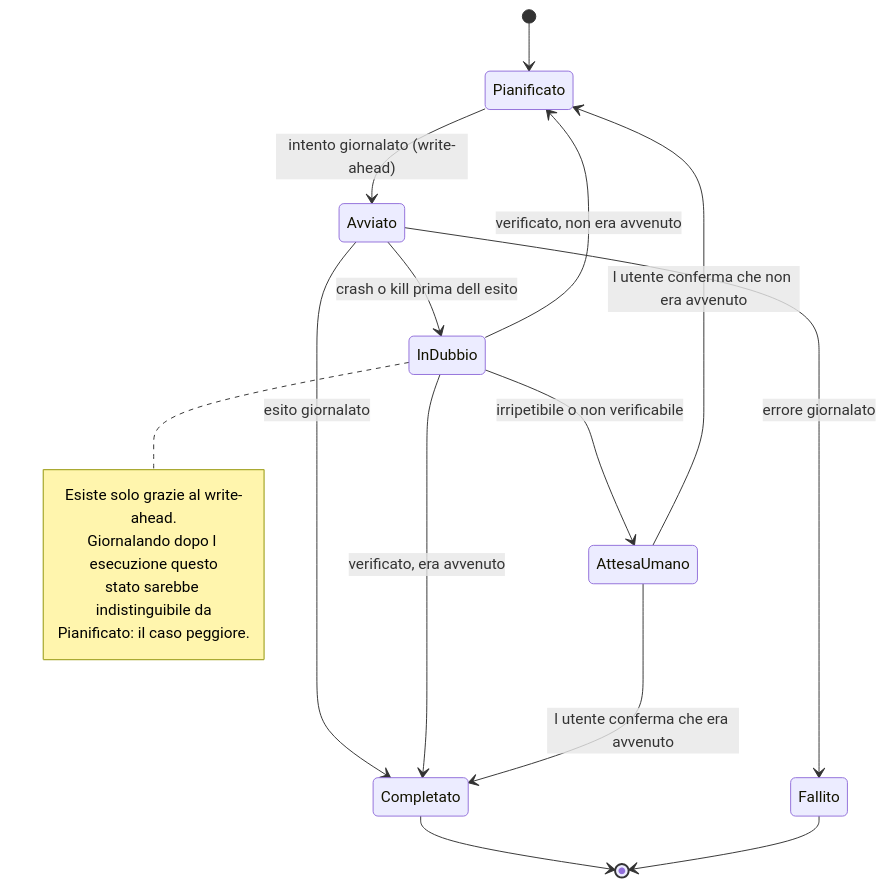
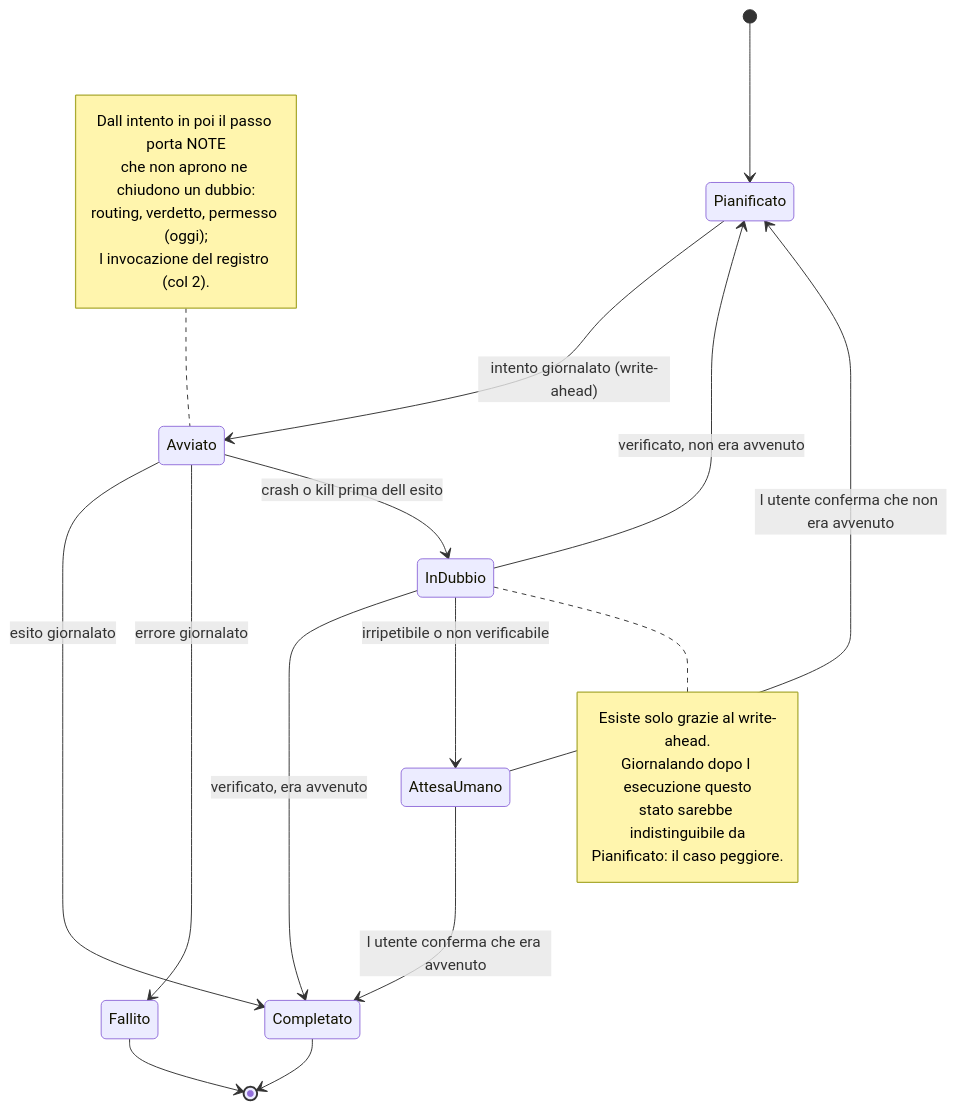
Before and after one commit to devfrx/daemon: the second of 3 diagrams in docs/design/03-run-durevoli.md, drawn with Mermaid. The commit also changed other lines of this file and 2 other files, not shown here.

````diff
--- a/docs/design/03-run-durevoli.md
+++ b/docs/design/03-run-durevoli.md
@@ -39,27 +57,34 @@
 ```mermaid
 stateDiagram-v2
     [*] --> Pianificato
 
     Pianificato --> Avviato : intento giornalato (write-ahead)
 
     Avviato --> Completato : esito giornalato
     Avviato --> Fallito : errore giornalato
     Avviato --> InDubbio : crash o kill prima dell esito
 
     InDubbio --> Completato : verificato, era avvenuto
     InDubbio --> Pianificato : verificato, non era avvenuto
     InDubbio --> AttesaUmano : irripetibile o non verificabile
 
     AttesaUmano --> Completato : l utente conferma che era avvenuto
     AttesaUmano --> Pianificato : l utente conferma che non era avvenuto
 
     Completato --> [*]
     Fallito --> [*]
 
+    note left of Avviato
+        Dall intento in poi il passo porta NOTE
+        che non aprono ne chiudono un dubbio:
+        routing, verdetto, permesso (oggi);
+        l invocazione del registro (col 2).
+    end note
+
     note right of InDubbio
         Esiste solo grazie al write-ahead.
         Giornalando dopo l esecuzione questo
         stato sarebbe indistinguibile da
         Pianificato: il caso peggiore.
     end note
 ```
````
